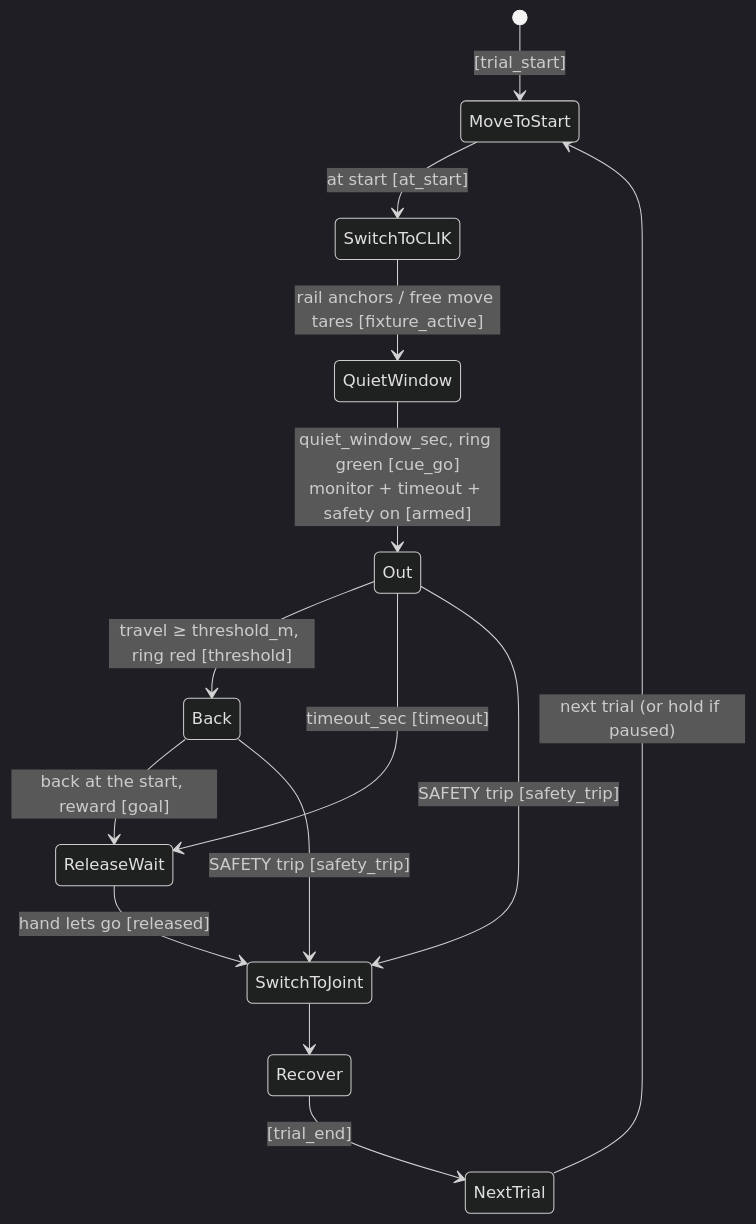
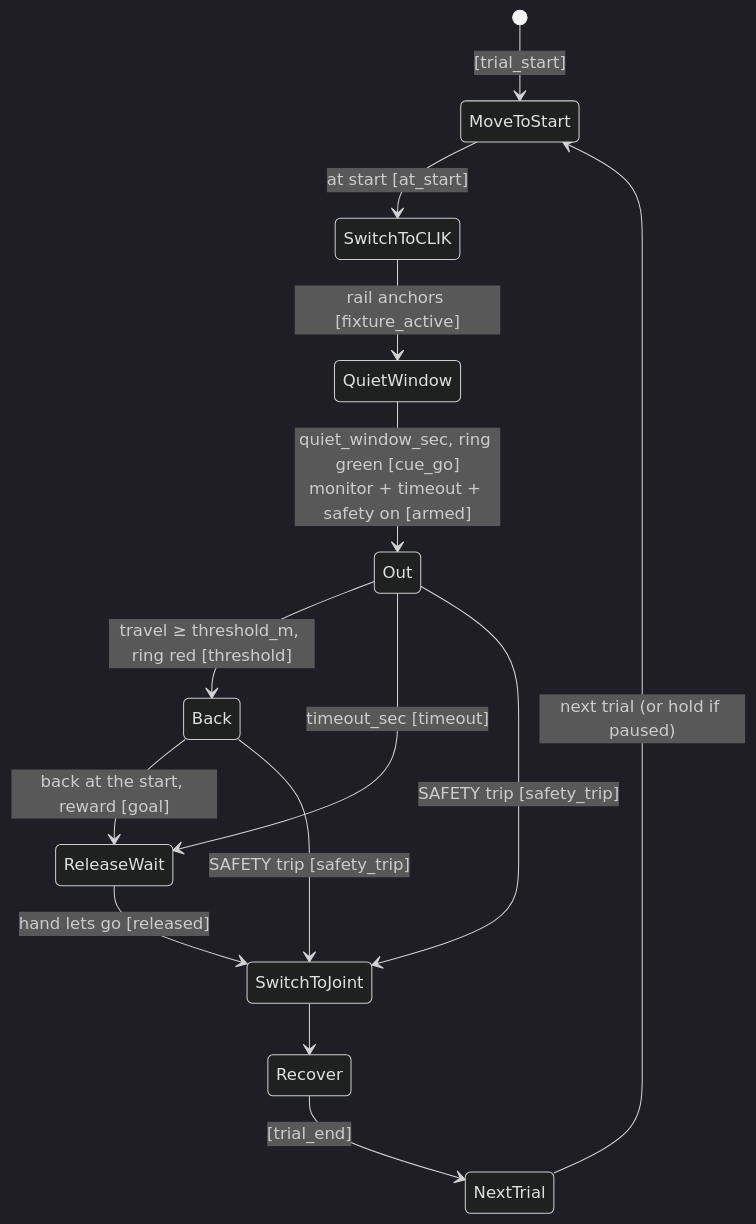
One commit to sinthlab/sinthlab-kuka-stack changed the eighth of 9 diagrams in README.md. Above: the diagram before and after it, drawn with Mermaid (dark theme). The commit also changed other lines of this file and 9 other files, not shown here.

Commit message:
free move pre train changes

````diff
--- a/README.md
+++ b/README.md
@@ -1377,16 +1389,16 @@
 ```mermaid
 stateDiagram-v2
     [*] --> MoveToStart : [trial_start]
     MoveToStart --> SwitchToCLIK : at start [at_start]
-    SwitchToCLIK --> QuietWindow : rail anchors / free move tares [fixture_active]
+    SwitchToCLIK --> QuietWindow : rail anchors [fixture_active]
     QuietWindow --> Out : quiet_window_sec, ring green [cue_go]<br/>monitor + timeout + safety on [armed]
     Out --> Back : travel ≥ threshold_m, ring red [threshold]
     Back --> ReleaseWait : back at the start, reward [goal]
     Out --> ReleaseWait : timeout_sec [timeout]
     ReleaseWait --> SwitchToJoint : hand lets go [released]
     Out --> SwitchToJoint : SAFETY trip [safety_trip]
     Back --> SwitchToJoint : SAFETY trip [safety_trip]
     SwitchToJoint --> Recover
     Recover --> NextTrial : [trial_end]
     NextTrial --> MoveToStart : next trial (or hold if paused)
 ```
````
